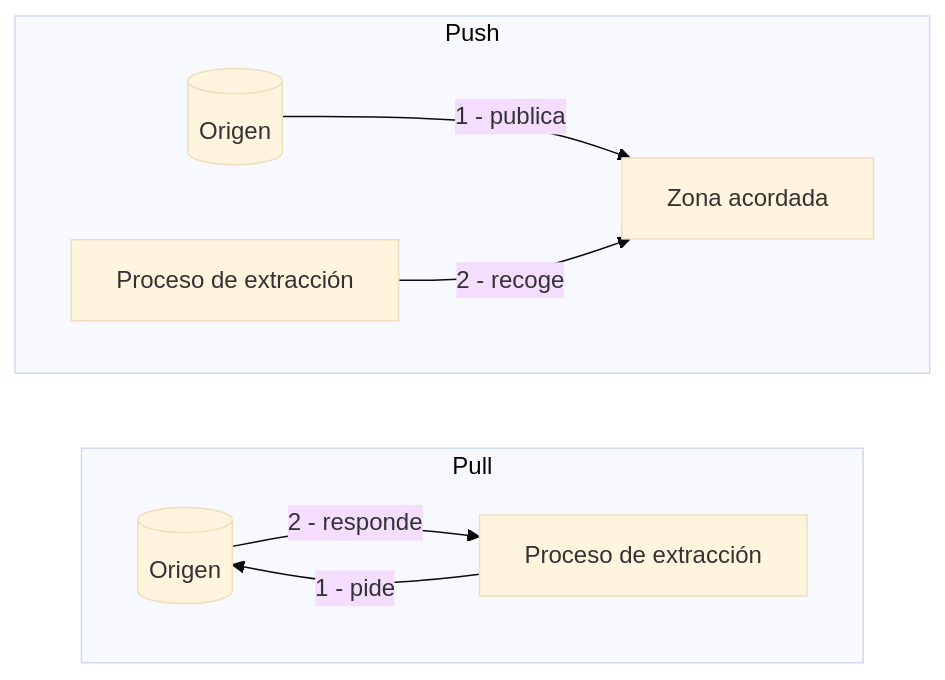
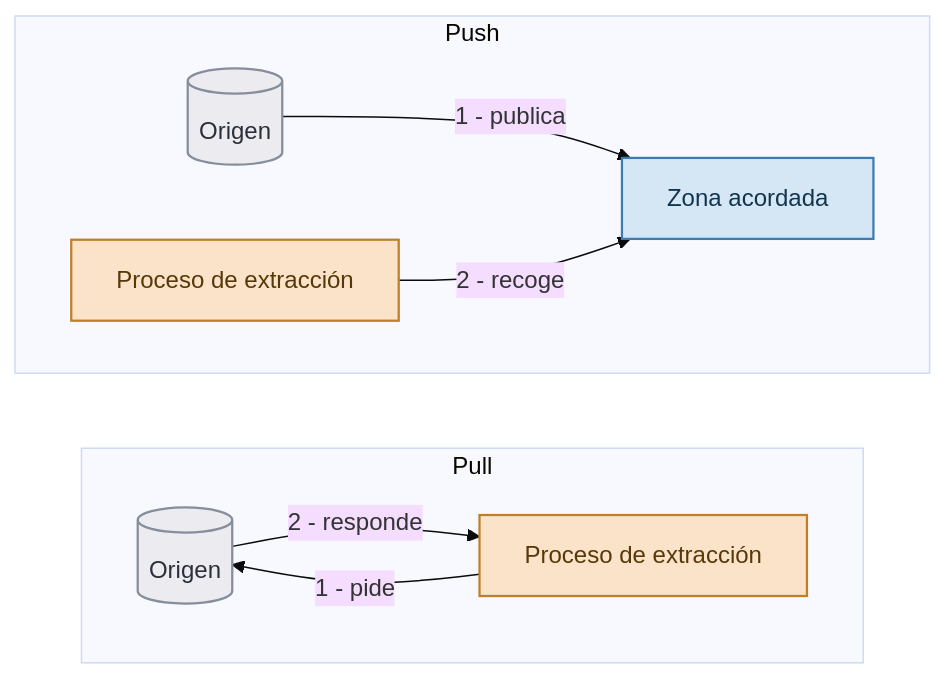
Before and after one commit to IraitzM/ingenieria-datos: the diagram in content/load/intro.qmd, drawn with Mermaid (base theme). The commit also changed other lines of this file and 28 other files, not shown here.

````diff
--- a/content/load/intro.qmd
+++ b/content/load/intro.qmd
@@ -26,19 +26,27 @@
 ```{mermaid}
 flowchart LR
     subgraph pull ["Pull"]
         direction LR
         o1[("Origen")]
         p1["Proceso de extracción"]
         p1 -->|"1 - pide"| o1
         o1 -->|"2 - responde"| p1
     end
 
     subgraph push ["Push"]
         direction LR
         o2[("Origen")]
         b2["Zona acordada"]
         p2["Proceso de extracción"]
         o2 -->|"1 - publica"| b2
         p2 -->|"2 - recoge"| b2
     end
+
+    %% Paleta por bloque del libro
+    classDef origen fill:#ececf0,stroke:#868d9c,stroke-width:1.5px,color:#2b2f3a
+    classDef carga fill:#fae3c8,stroke:#bf7f28,stroke-width:1.5px,color:#573809
+    classDef almacen fill:#d5e6f5,stroke:#3d7cb0,stroke-width:1.5px,color:#12354e
+    class o1,o2 origen
+    class p1,p2 carga
+    class b2 almacen
 ```
````
